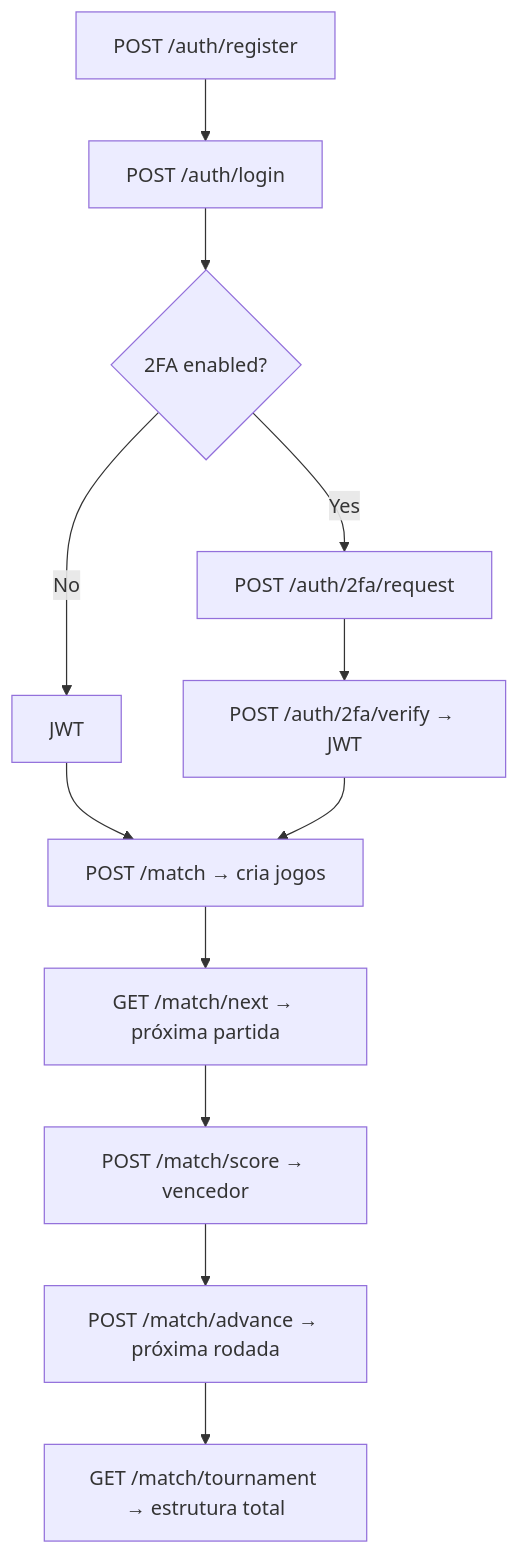
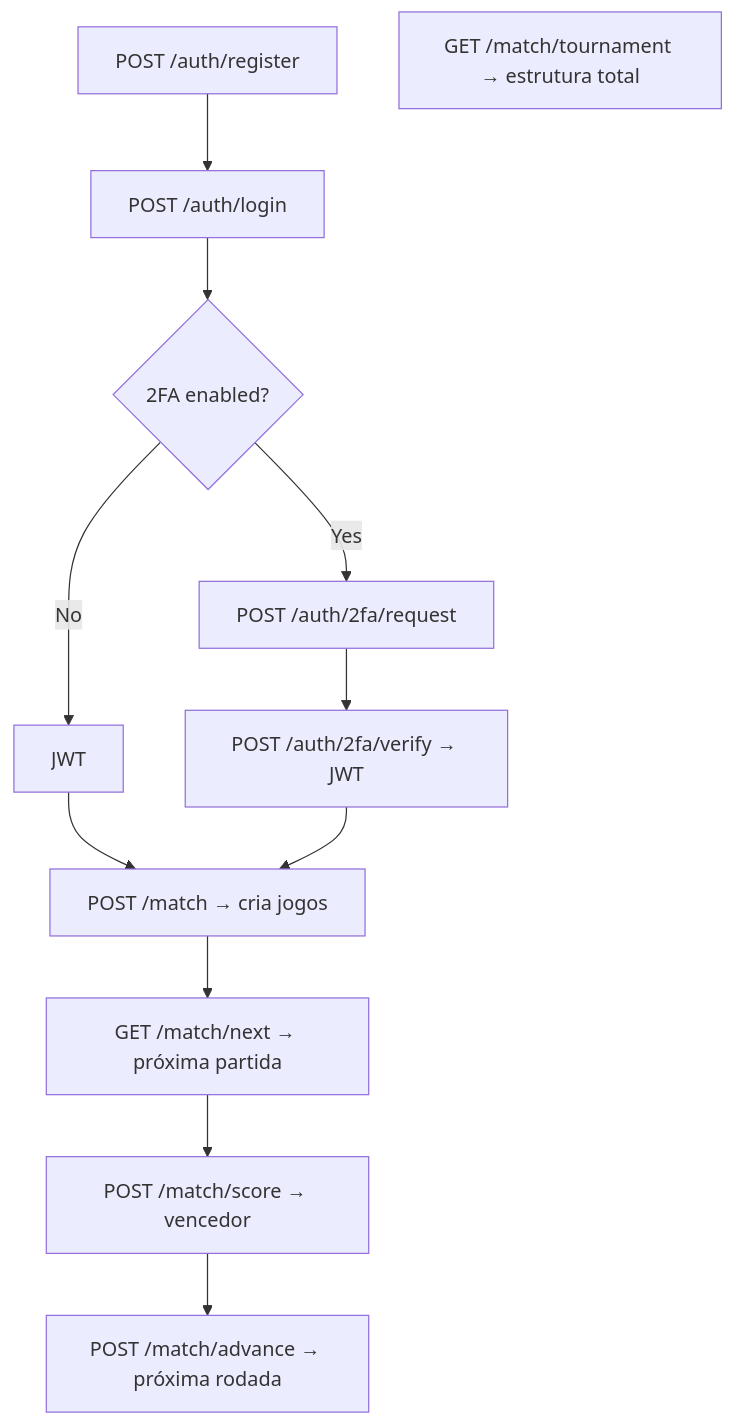
Before and after one commit to Matesant/ft_transcendence: the diagram in services/README.md, drawn with Mermaid.

Commit message:
readme update

````diff
--- a/services/README.md
+++ b/services/README.md
@@ -240,13 +240,13 @@
 ```mermaid
 graph TD
 A[POST /auth/register] --> B[POST /auth/login]
 B --> C{2FA enabled?}
 C -- No --> D[ JWT ] --> G
 C -- Yes --> E[POST /auth/2fa/request]
 E --> F[POST /auth/2fa/verify → JWT]
 F --> G[POST /match → cria jogos]
 G --> H[GET /match/next → próxima partida]
 H --> I[POST /match/score → vencedor]
 I --> J[POST /match/advance → próxima rodada]
-J --> K[GET /match/tournament → estrutura total]
+K[GET /match/tournament → estrutura total]
 ```
````
